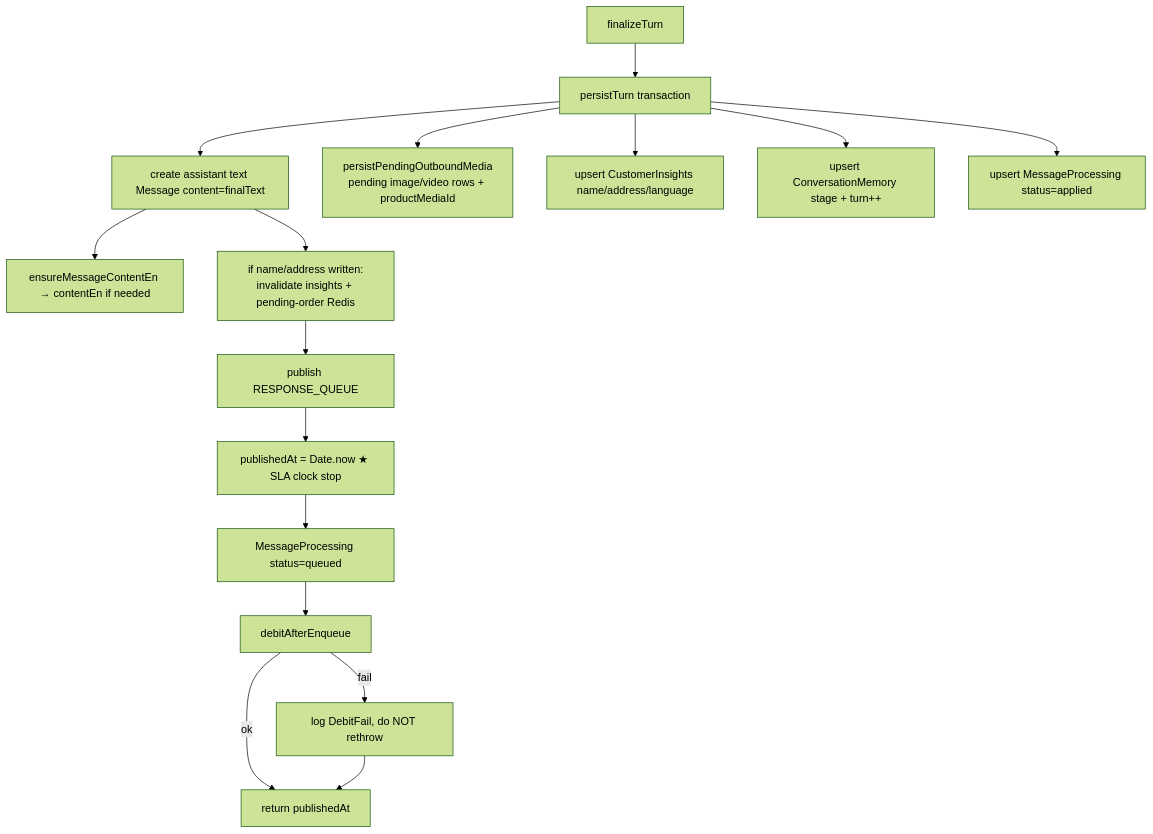
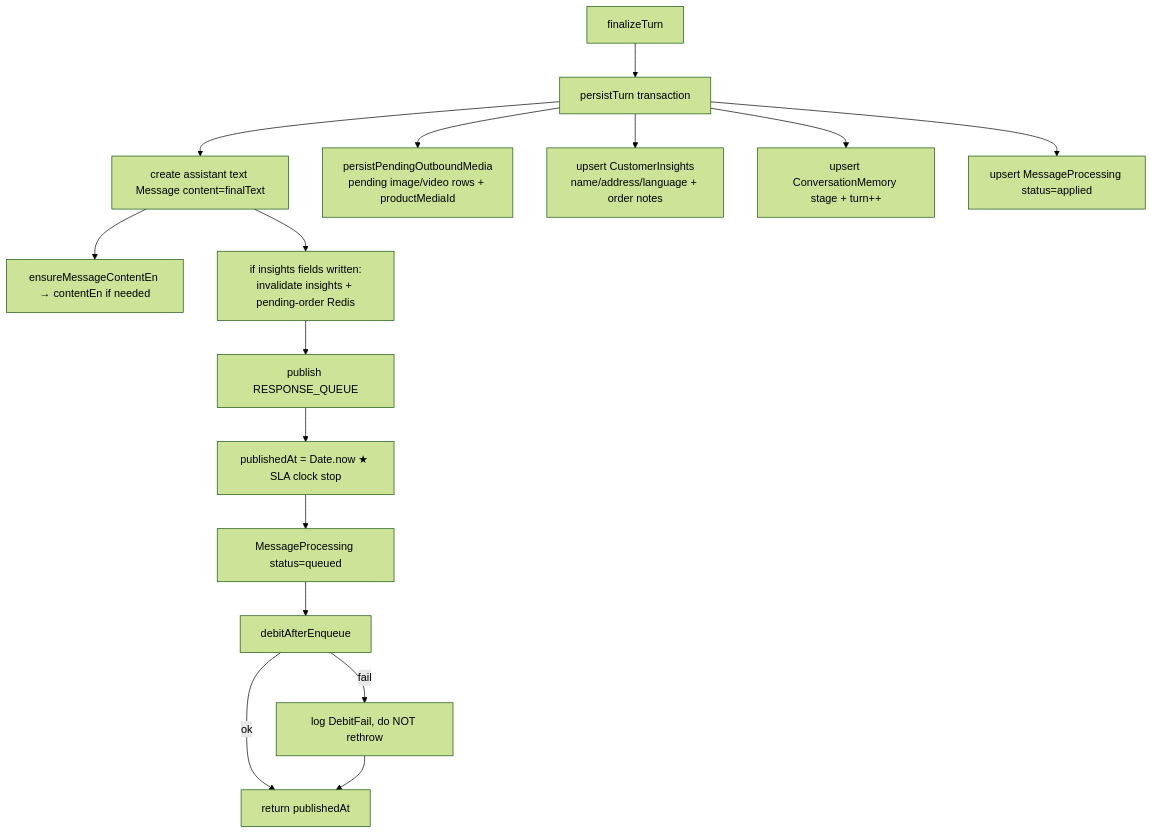
Before and after one commit to roshan-1904/chatlogix-gowtham: the tenth of 10 diagrams in docs/INCOMING_RESPONSE_GENERATOR_FLOW.md, drawn with Mermaid (forest theme). The commit also changed other lines of this file and 17 other files, not shown here.

First line of the commit message:
feat: enhance conversation processing with customer insights enrichment

````diff
--- a/docs/INCOMING_RESPONSE_GENERATOR_FLOW.md
+++ b/docs/INCOMING_RESPONSE_GENERATOR_FLOW.md
@@ -482,18 +487,18 @@
 ```mermaid
 flowchart TD
   FT[finalizeTurn] --> P[persistTurn transaction]
   P --> M[create assistant text Message content=finalText]
   P --> PM[persistPendingOutboundMedia<br/>pending image/video rows + productMediaId]
   M --> EN2[ensureMessageContentEn → contentEn if needed]
-  P --> I[upsert CustomerInsights name/address/language]
+  P --> I[upsert CustomerInsights<br/>name/address/language + order notes]
   P --> MEM[upsert ConversationMemory stage + turn++]
   P --> MP[upsert MessageProcessing status=applied]
-  M --> INV[if name/address written:<br/>invalidate insights + pending-order Redis]
+  M --> INV[if insights fields written:<br/>invalidate insights + pending-order Redis]
   INV --> Q[publish RESPONSE_QUEUE]
   Q --> SLA[publishedAt = Date.now ★ SLA clock stop]
   SLA --> Q2[MessageProcessing status=queued]
   Q2 --> D[debitAfterEnqueue]
   D -->|ok| DONE[return publishedAt]
   D -->|fail| LOG[log DebitFail, do NOT rethrow]
   LOG --> DONE
 ```
````
